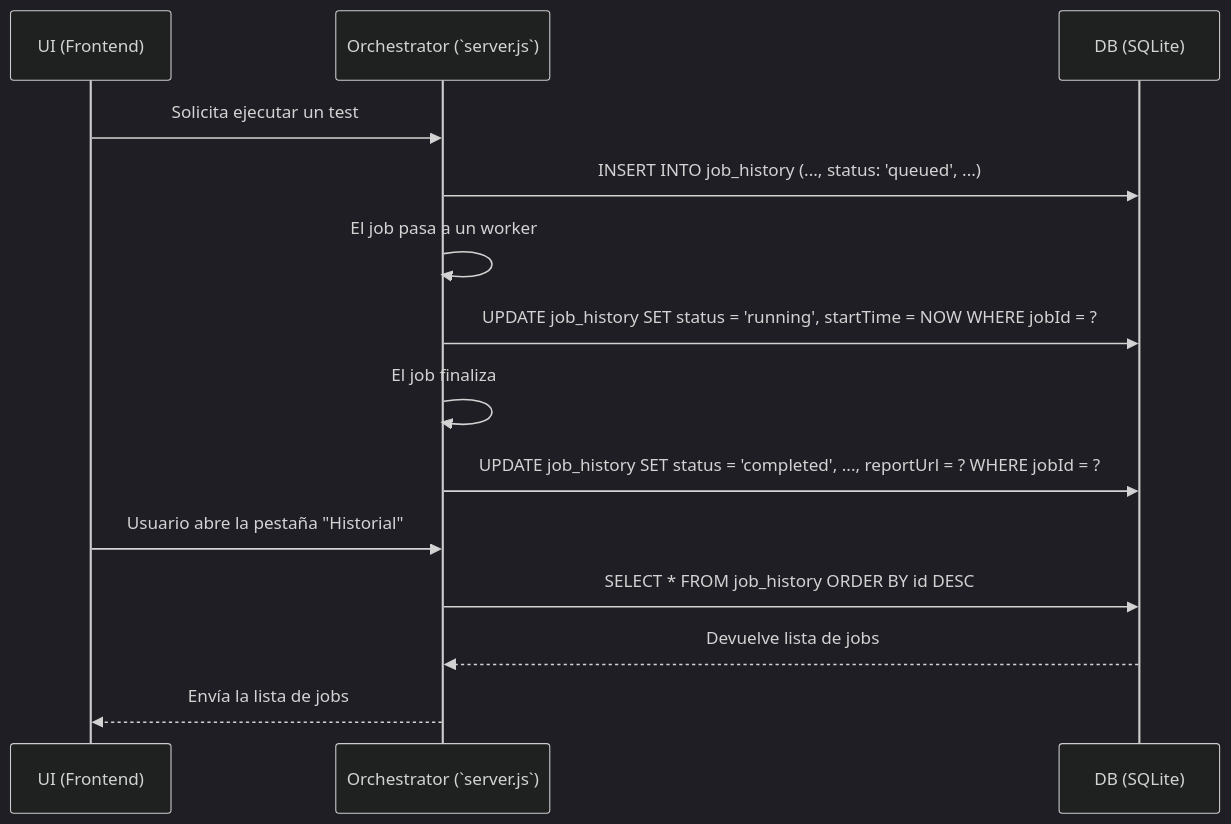
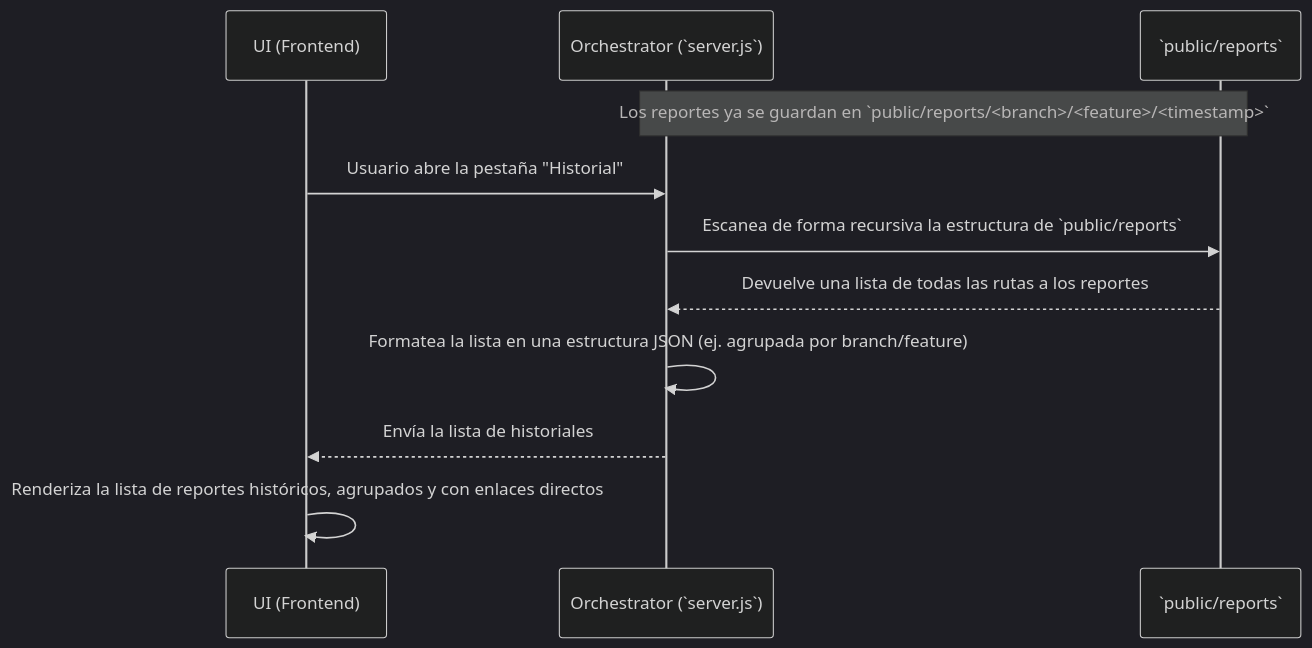
Before and after one commit to finalquest/argo-k8s-pods: the diagram in history_planning.md, drawn with Mermaid (dark theme). The commit also changed other lines of this file and 6 other files, not shown here.

````diff
--- a/history_planning.md
+++ b/history_planning.md
@@ -37,21 +15,18 @@
 ```mermaid
 sequenceDiagram
     participant UI as UI (Frontend)
     participant Orchestrator as Orchestrator (`server.js`)
-    participant Database as DB (SQLite)
+    participant FileSystem as `public/reports`
 
-    UI->>Orchestrator: Solicita ejecutar un test
-    Orchestrator->>Database: INSERT INTO job_history (..., status: 'queued', ...)
-    
-    Orchestrator->>Orchestrator: El job pasa a un worker
-    Orchestrator->>Database: UPDATE job_history SET status = 'running', startTime = NOW WHERE jobId = ?
-
-    Orchestrator->>Orchestrator: El job finaliza
-    Orchestrator->>Database: UPDATE job_history SET status = 'completed', ..., reportUrl = ? WHERE jobId = ?
+    Note over Orchestrator,FileSystem: Los reportes ya se guardan en `public/reports/<branch>/<feature>/<timestamp>`
 
     UI->>Orchestrator: Usuario abre la pestaña "Historial"
-    Orchestrator->>Database: SELECT * FROM job_history ORDER BY id DESC
-    Database-->>Orchestrator: Devuelve lista de jobs
-    Orchestrator-->>UI: Envía la lista de jobs
+    Orchestrator->>FileSystem: Escanea de forma recursiva la estructura de `public/reports`
+    FileSystem-->>Orchestrator: Devuelve una lista de todas las rutas a los reportes
+    
+    Orchestrator->>Orchestrator: Formatea la lista en una estructura JSON (ej. agrupada por branch/feature)
+    Orchestrator-->>UI: Envía la lista de historiales
+
+    UI->>UI: Renderiza la lista de reportes históricos, agrupados y con enlaces directos
 
 ```
````
